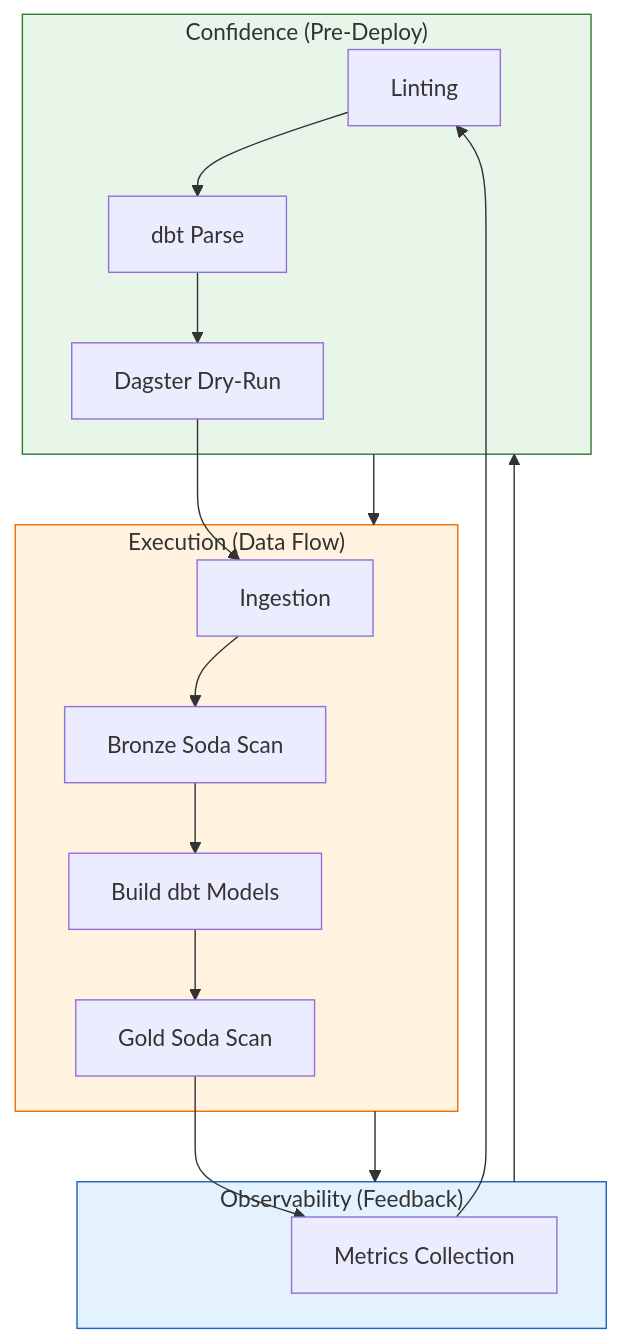
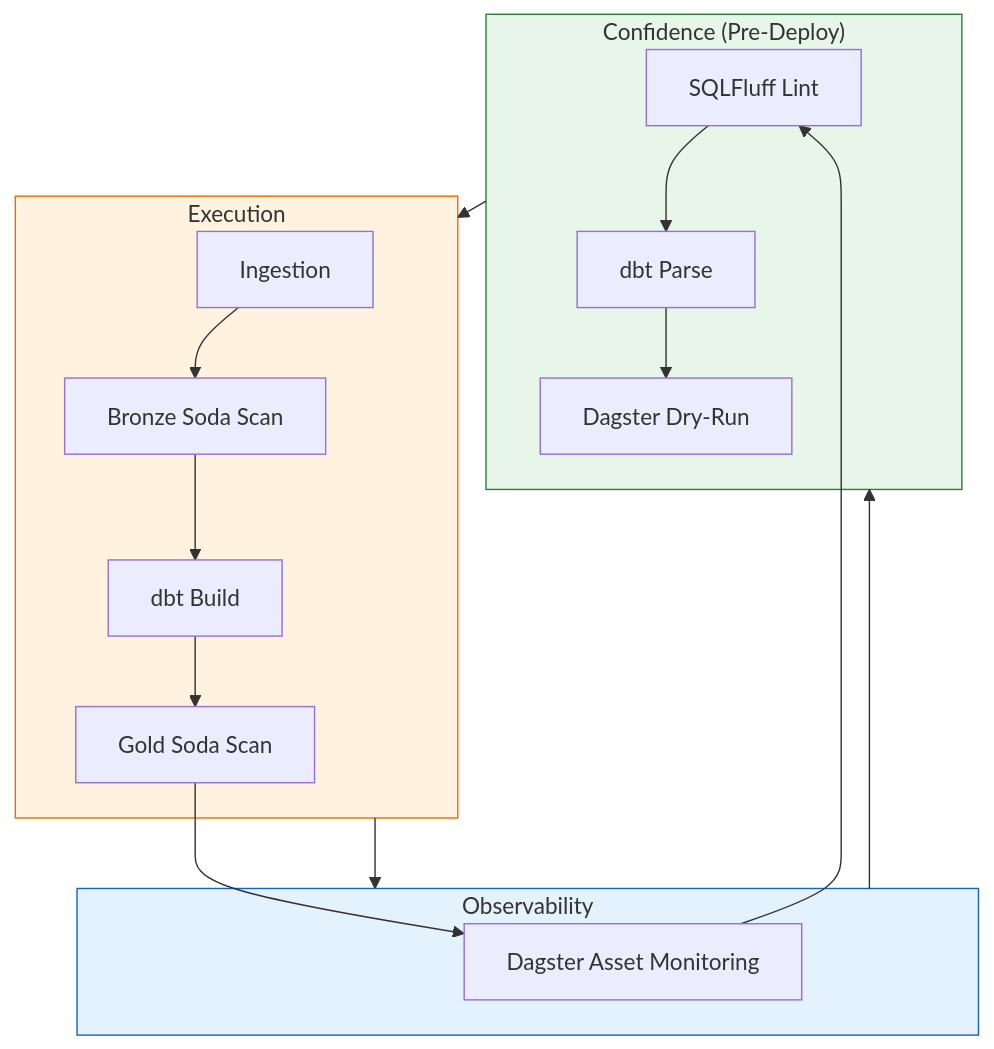
The second of 2 diagrams in README.md (26-jorge-01/analytics-modeling-lab), drawn with Mermaid before and after one commit. The commit also changed other lines of this file and 13 other files, not shown here.

````diff
--- a/README.md
+++ b/README.md
@@ -184,29 +156,21 @@
 ```mermaid
 graph TD
     subgraph CI["Confidence (Pre-Deploy)"]
-        L[Linting] --> DP[dbt Parse]
+        L[SQLFluff Lint] --> DP[dbt Parse]
         DP --> V[Dagster Dry-Run]
     end
-
-    subgraph ELT["Execution (Data Flow)"]
-        V --> IG[Ingestion]
-        IG --> B[Bronze Soda Scan]
-        B --> BF[Build dbt Models]
+    subgraph ELT["Execution"]
+        IG[Ingestion] --> B[Bronze Soda Scan]
+        B --> BF[dbt Build]
         BF --> G[Gold Soda Scan]
     end
-
-    subgraph OPS["Observability (Feedback)"]
-        G --> M[Metrics Collection]
+    subgraph OBS["Observability"]
+        G --> M[Dagster Asset Monitoring]
         M --> L
     end
+    CI --> ELT --> OBS --> CI
 
-    %% Connections
-    CI --> ELT
-    ELT --> OPS
-    OPS --> CI
-
-    %% Styling
     style CI fill:#e8f5e9,stroke:#2e7d32
     style ELT fill:#fff3e0,stroke:#ef6c00
-    style OPS fill:#e3f2fd,stroke:#1565c0
+    style OBS fill:#e3f2fd,stroke:#1565c0
 ```
````
